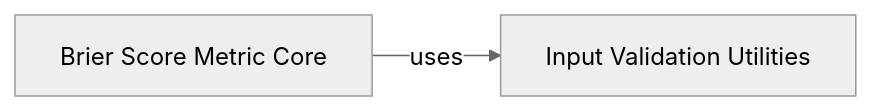
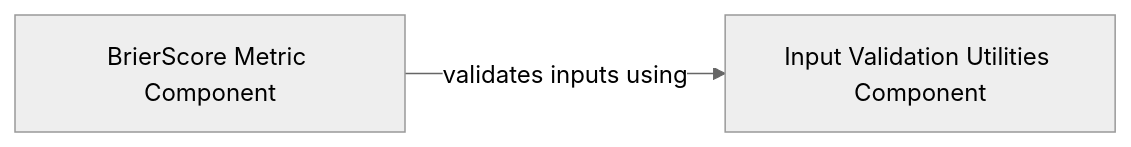
The diagram in torchsurv/BrierScore.md (CodeBoarding/GeneratedOnBoardings), drawn with Mermaid (neutral theme) before and after one commit. The commit also changed other lines of this file and 39 other files, not shown here.

````diff
--- a/torchsurv/BrierScore.md
+++ b/torchsurv/BrierScore.md
@@ -1,6 +1,7 @@
 ```mermaid
 graph LR
-    Brier_Score_Metric_Core["Brier Score Metric Core"]
-    Input_Validation_Utilities["Input Validation Utilities"]
-    Brier_Score_Metric_Core -- "uses" --> Input_Validation_Utilities
+    BrierScore_Metric_Component["BrierScore Metric Component"]
+    Input_Validation_Utilities_Component["Input Validation Utilities Component"]
+    BrierScore_Metric_Component -- "validates inputs using" --> Input_Validation_Utilities_Component
+    click BrierScore_Metric_Component href "https://github.com/CodeBoarding/GeneratedOnBoardings/blob/main/torchsurv/BrierScore_Metric_Component.md" "Details"
 ```
````
